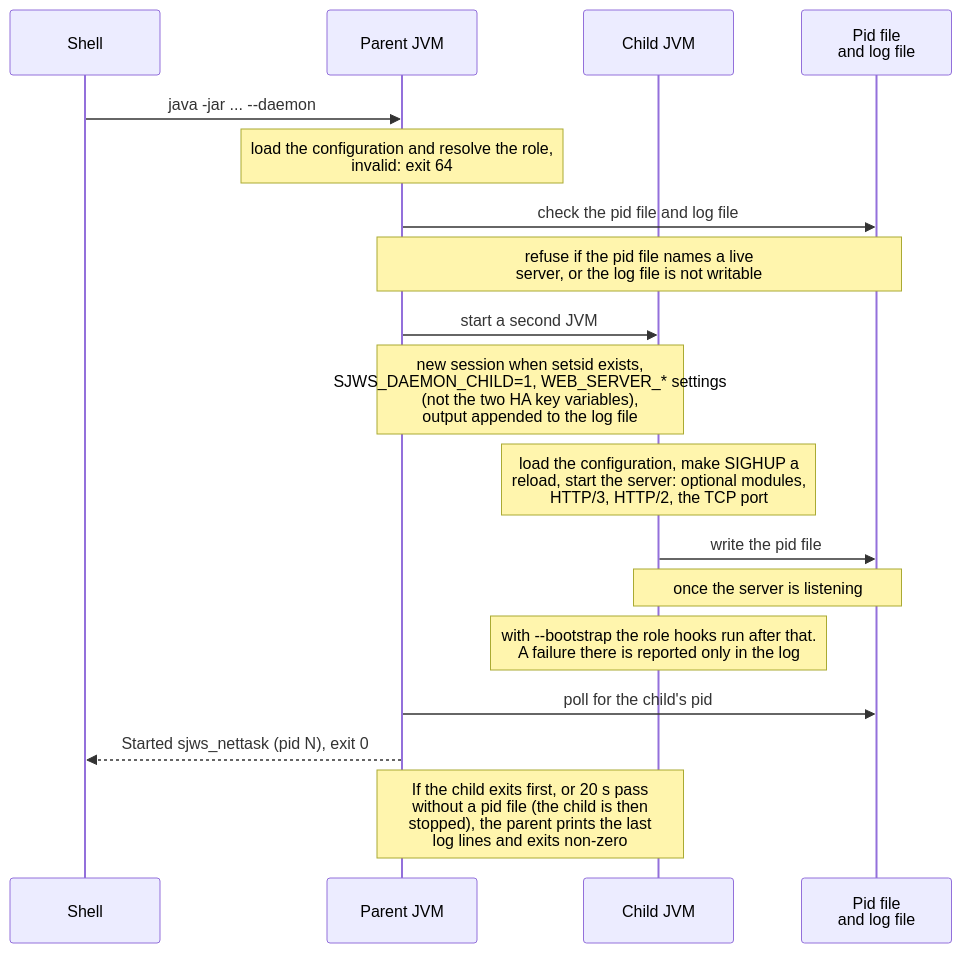
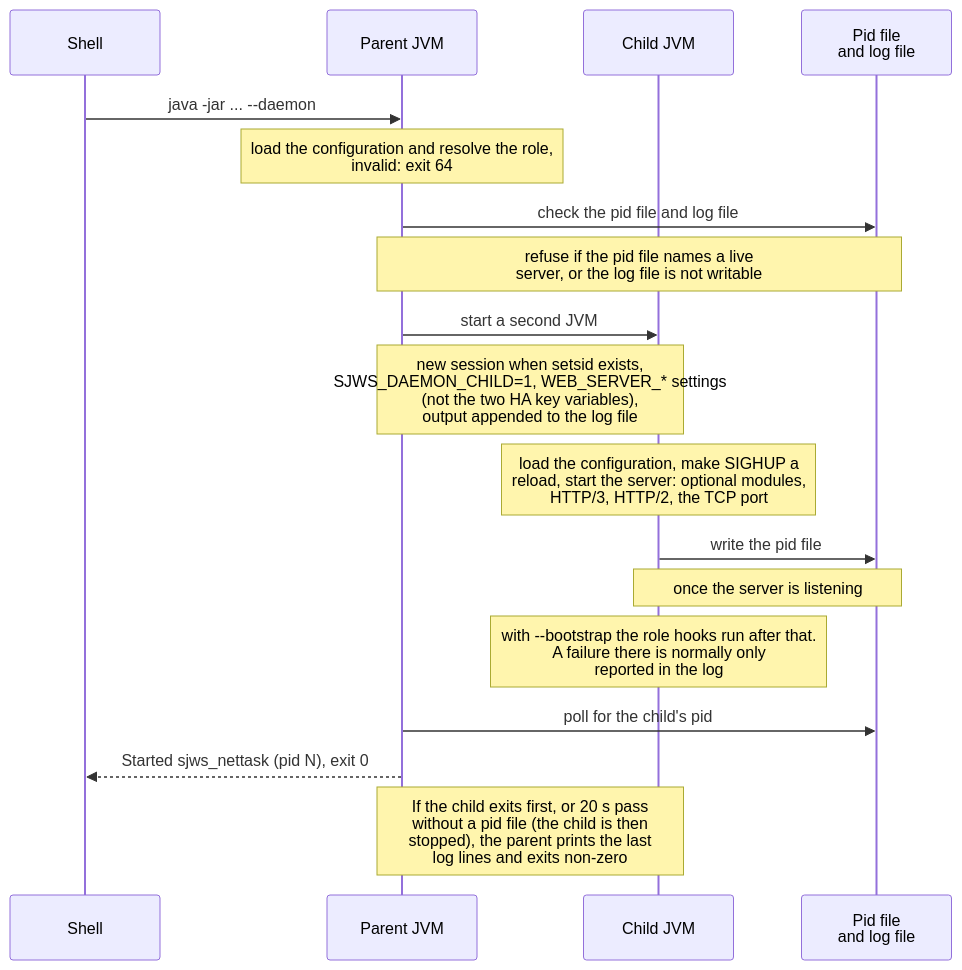
One commit to BlivionIaG/sjws_nettask changed the first of 2 diagrams in docs/operations/daemon.md. Above: the diagram before and after it, drawn with Mermaid. The commit also changed 19 other files, not shown here.

First line of the commit message:
docs: fix the diagrams the fact-check found imprecise

````diff
--- a/docs/operations/daemon.md
+++ b/docs/operations/daemon.md
@@ -19,21 +19,21 @@
 ```mermaid
 sequenceDiagram
     participant U as Shell
     participant P as Parent JVM
     participant C as Child JVM
     participant F as Pid file<br/>and log file
 
     U->>P: java -jar ... --daemon
     Note over P: load the configuration and resolve the role,<br/>invalid: exit 64
     P->>F: check the pid file and log file
     Note over P,F: refuse if the pid file names a live<br/>server, or the log file is not writable
     P->>C: start a second JVM
     Note over P,C: new session when setsid exists,<br/>SJWS_DAEMON_CHILD=1, WEB_SERVER_* settings<br/>(not the two HA key variables),<br/>output appended to the log file
     Note over C: load the configuration, make SIGHUP a<br/>reload, start the server: optional modules,<br/>HTTP/3, HTTP/2, the TCP port
     C->>F: write the pid file
     Note over C,F: once the server is listening
-    Note over C: with --bootstrap the role hooks run after that.<br/>A failure there is reported only in the log
+    Note over C: with --bootstrap the role hooks run after that.<br/>A failure there is normally only<br/>reported in the log
     P->>F: poll for the child's pid
     P-->>U: Started sjws_nettask (pid N), exit 0
     Note over P,C: If the child exits first, or 20 s pass<br/>without a pid file (the child is then<br/>stopped), the parent prints the last<br/>log lines and exits non-zero
 ```
````
